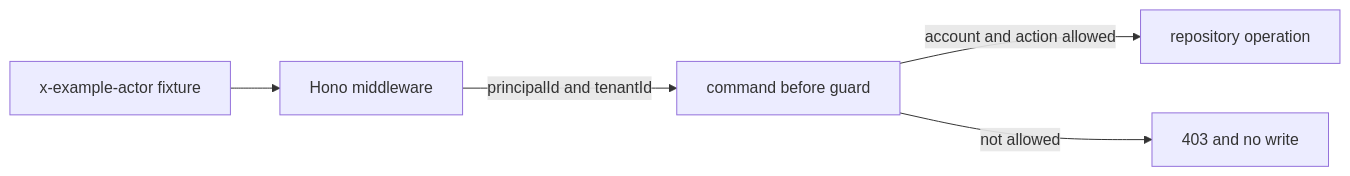
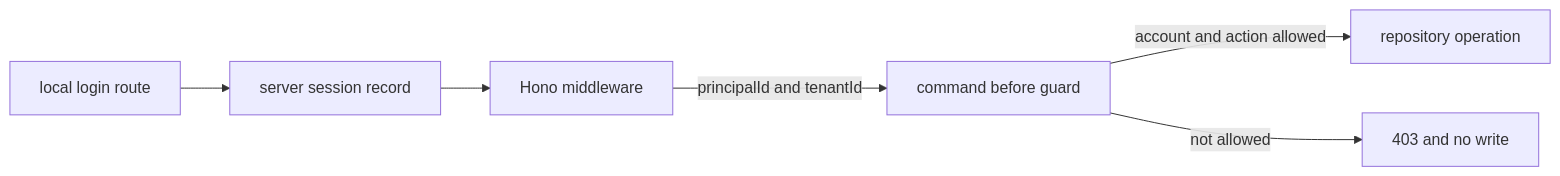
Before and after one commit to puristajs/purista: the diagram in web/src/content/tutorials/authenticated-banking-ui/index.mdx, drawn with Mermaid. The commit also changed other lines of this file and 64 other files, not shown here.

````diff
--- a/web/src/content/tutorials/authenticated-banking-ui/index.mdx
+++ b/web/src/content/tutorials/authenticated-banking-ui/index.mdx
@@ -12,7 +12,8 @@
 ```mermaid title="Identity fixture and business decision"
 flowchart LR
-  Header[x-example-actor fixture] --> Hono[Hono middleware]
+  Login[local login route] --> Session[server session record]
+  Session --> Hono[Hono middleware]
   Hono -->|principalId and tenantId| Guard[command before guard]
   Guard -->|account and action allowed| Handler[repository operation]
   Guard -->|not allowed| Denied[403 and no write]
 ```
````
